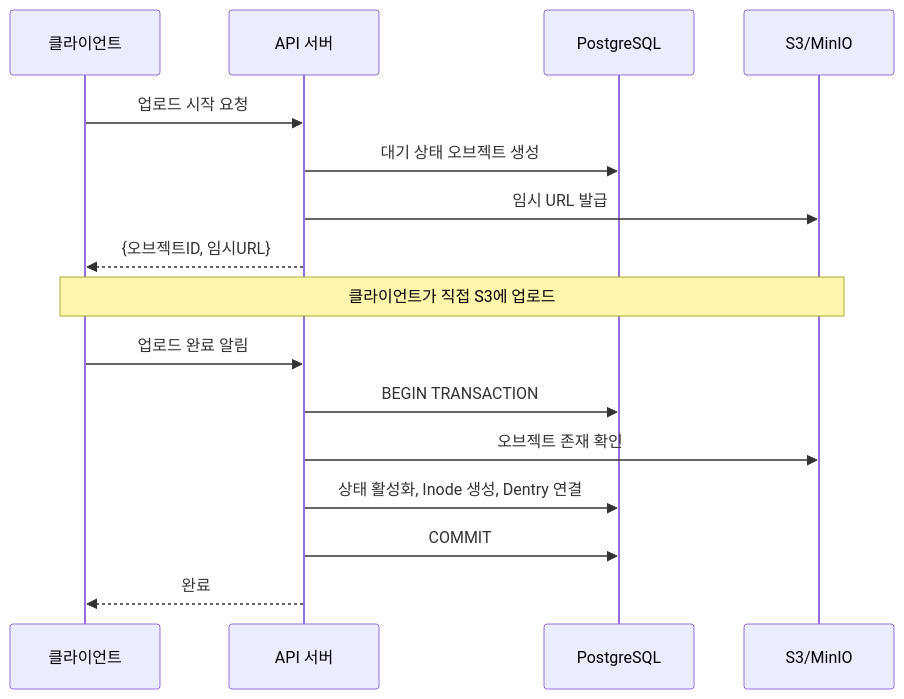
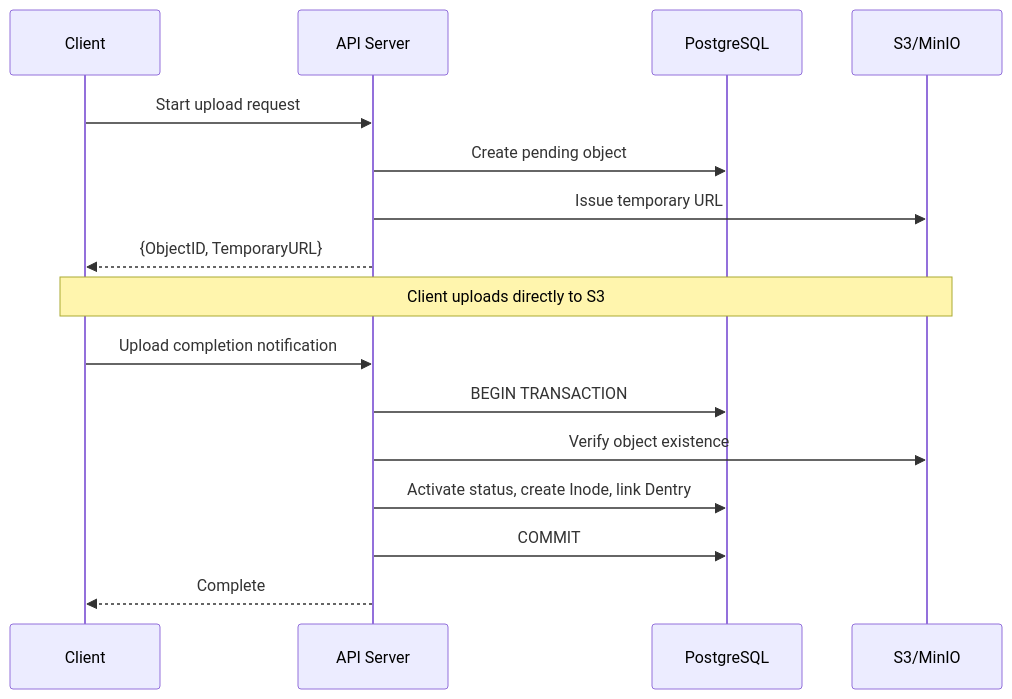
The second of 2 diagrams in src/content/blog/en/retrowin-deep-dive.md (mandacode-labs/mandacode-devs), drawn with Mermaid before and after one commit. The commit also changed other lines of this file and 12 other files, not shown here.

````diff
--- a/src/content/blog/en/retrowin-deep-dive.md
+++ b/src/content/blog/en/retrowin-deep-dive.md
@@ -81,21 +47,21 @@
 ```mermaid
 sequenceDiagram
-    participant Client as 클라이언트
-    participant API as API 서버
+    participant Client as Client
+    participant API as API Server
     participant DB as PostgreSQL
     participant S3 as S3/MinIO
 
-    Client->>API: 업로드 시작 요청
-    API->>DB: 대기 상태 오브젝트 생성
-    API->>S3: 임시 URL 발급
-    API-->>Client: {오브젝트ID, 임시URL}
+    Client->>API: Start upload request
+    API->>DB: Create pending object
+    API->>S3: Issue temporary URL
+    API-->>Client: {ObjectID, TemporaryURL}
 
-    Note over Client,S3: 클라이언트가 직접 S3에 업로드
+    Note over Client,S3: Client uploads directly to S3
 
-    Client->>API: 업로드 완료 알림
+    Client->>API: Upload completion notification
     API->>DB: BEGIN TRANSACTION
-    API->>S3: 오브젝트 존재 확인
-    API->>DB: 상태 활성화, Inode 생성, Dentry 연결
+    API->>S3: Verify object existence
+    API->>DB: Activate status, create Inode, link Dentry
     API->>DB: COMMIT
-    API-->>Client: 완료
+    API-->>Client: Complete
 ```
````
